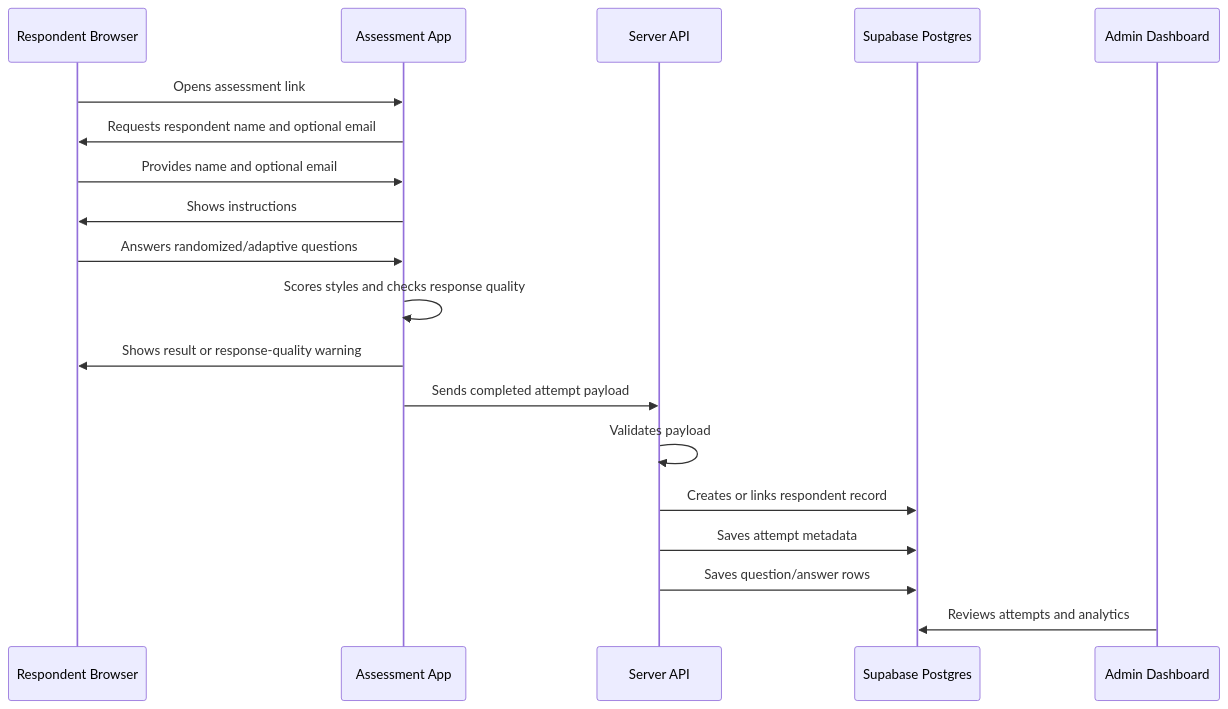
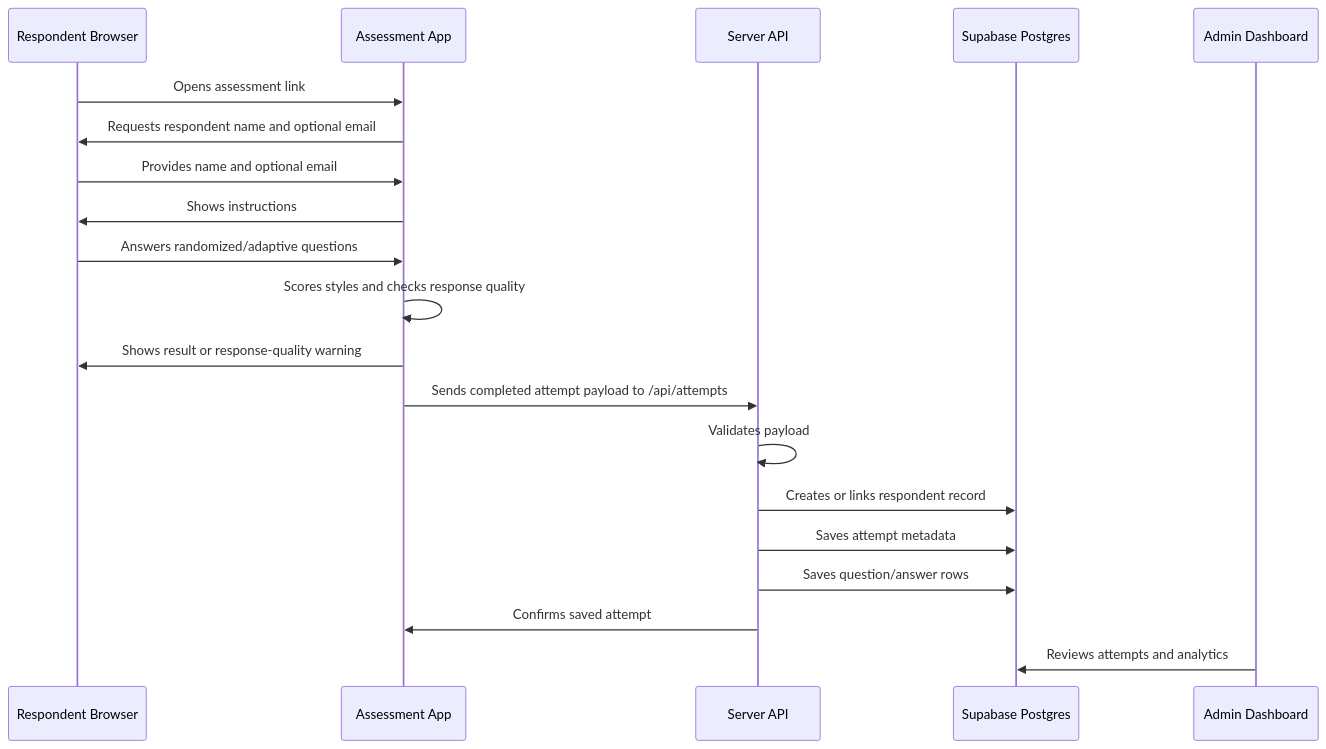
The second of 3 diagrams in ARCHITECTURE_OVERVIEW.md (campojo/2.0_Leadership), drawn with Mermaid before and after one commit. The commit also changed other lines of this file and 8 other files, not shown here.

````diff
--- a/ARCHITECTURE_OVERVIEW.md
+++ b/ARCHITECTURE_OVERVIEW.md
@@ -76,22 +79,23 @@
 ```mermaid
 sequenceDiagram
   participant R as Respondent Browser
   participant A as Assessment App
   participant API as Server API
   participant DB as Supabase Postgres
   participant Admin as Admin Dashboard
 
   R->>A: Opens assessment link
   A->>R: Requests respondent name and optional email
   R->>A: Provides name and optional email
   A->>R: Shows instructions
   R->>A: Answers randomized/adaptive questions
   A->>A: Scores styles and checks response quality
   A->>R: Shows result or response-quality warning
-  A->>API: Sends completed attempt payload
+  A->>API: Sends completed attempt payload to /api/attempts
   API->>API: Validates payload
   API->>DB: Creates or links respondent record
   API->>DB: Saves attempt metadata
   API->>DB: Saves question/answer rows
+  API->>A: Confirms saved attempt
   Admin->>DB: Reviews attempts and analytics
 ```
````
